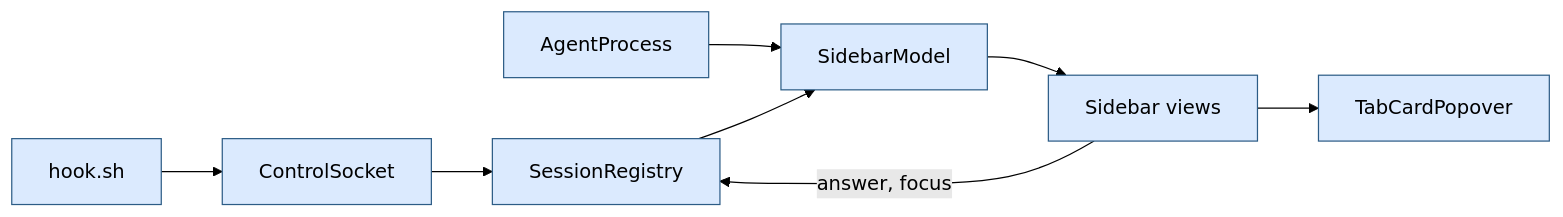
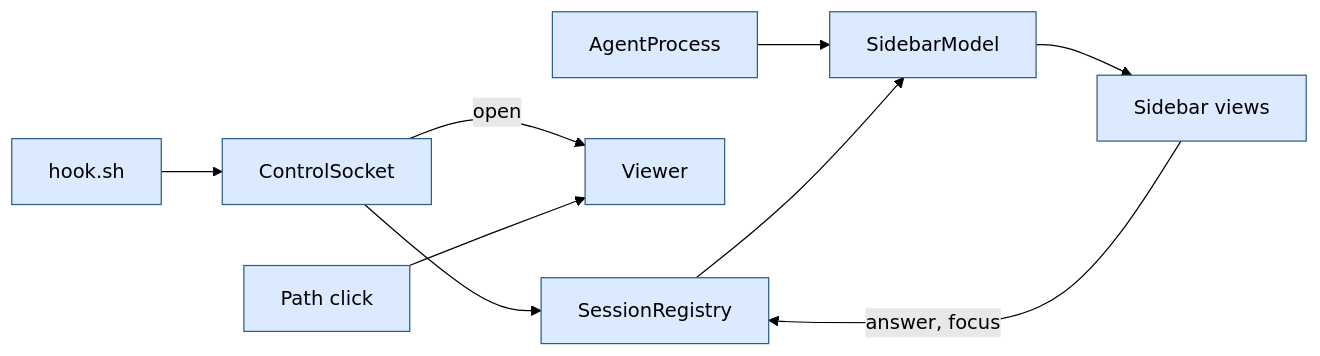
Before and after one commit to daniil4545/tarn: the second of 3 diagrams in docs/architecture.md, drawn with Mermaid (forest theme). The commit also changed other lines of this file and 4 other files, not shown here.

````diff
--- a/docs/architecture.md
+++ b/docs/architecture.md
@@ -49,12 +44,13 @@
 ```mermaid
 flowchart LR
   hook["hook.sh"] --> sock["ControlSocket"]
   sock --> reg["SessionRegistry"]
+  sock -->|"open"| viewer["Viewer"]
   proc["AgentProcess"] --> model["SidebarModel"]
   reg --> model
   model --> views["Sidebar views"]
-  views --> card["TabCardPopover"]
   views -->|"answer, focus"| reg
+  pclick["Path click"] --> viewer
   classDef ours fill:#dbeafe,stroke:#2c5c86,color:#000
-  class hook,sock,reg,proc,model,views,card ours
+  class hook,sock,reg,proc,model,views,viewer,pclick ours
 ```
````
